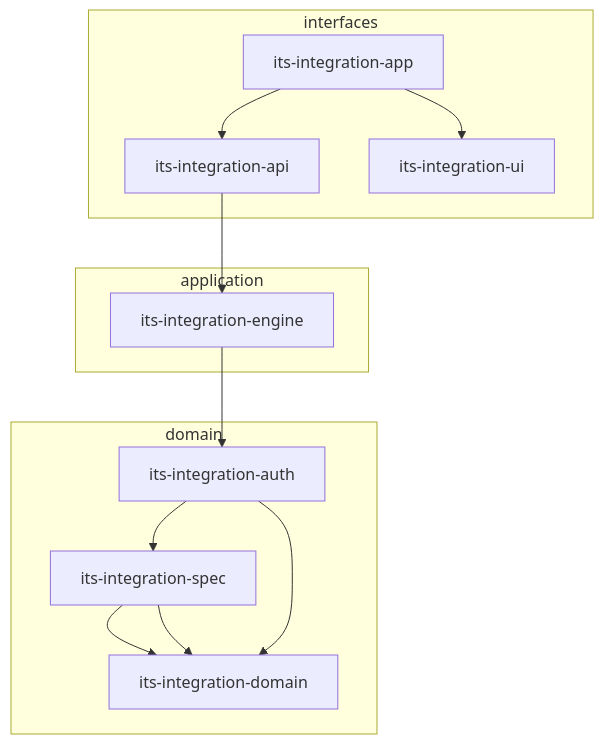
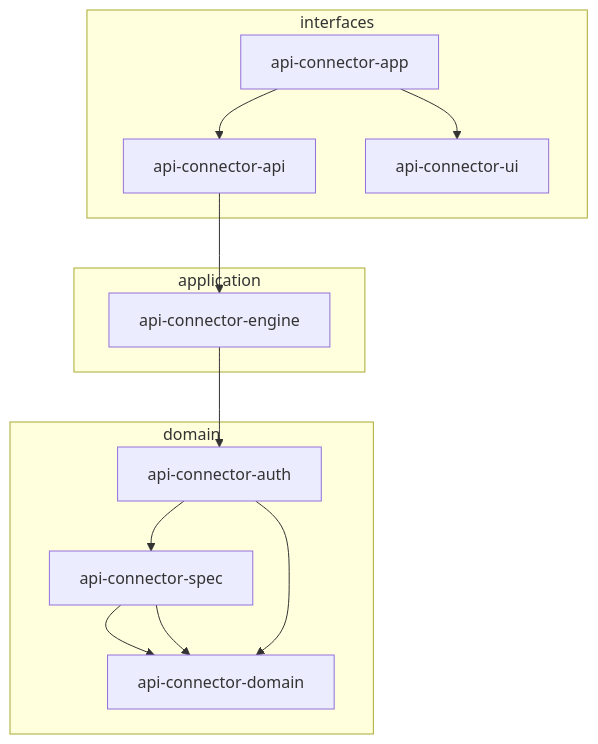
Before and after one commit to vasin-liu/api-connector: the first of 2 diagrams in docs/ARCHITECTURE.md, drawn with Mermaid. The commit also changed other lines of this file and 370 other files, not shown here.

First line of the commit message:
refactor: rename project from its-integration to api-connector

````diff
--- a/docs/ARCHITECTURE.md
+++ b/docs/ARCHITECTURE.md
@@ -14,22 +14,22 @@
 ```mermaid
 flowchart TB
     subgraph interfaces [interfaces]
-        API[its-integration-api]
-        UI[its-integration-ui]
-        APP[its-integration-app]
+        API[api-connector-api]
+        UI[api-connector-ui]
+        APP[api-connector-app]
     end
     subgraph application [application]
-        ENG[its-integration-engine]
+        ENG[api-connector-engine]
     end
     subgraph domain_core [domain]
-        DOM[its-integration-domain]
-        SPEC[its-integration-spec]
-        AUTH[its-integration-auth]
+        DOM[api-connector-domain]
+        SPEC[api-connector-spec]
+        AUTH[api-connector-auth]
     end
 
     APP --> API --> ENG
     APP --> UI
     ENG --> AUTH --> SPEC --> DOM
     AUTH --> DOM
     SPEC --> DOM
 ```
````
